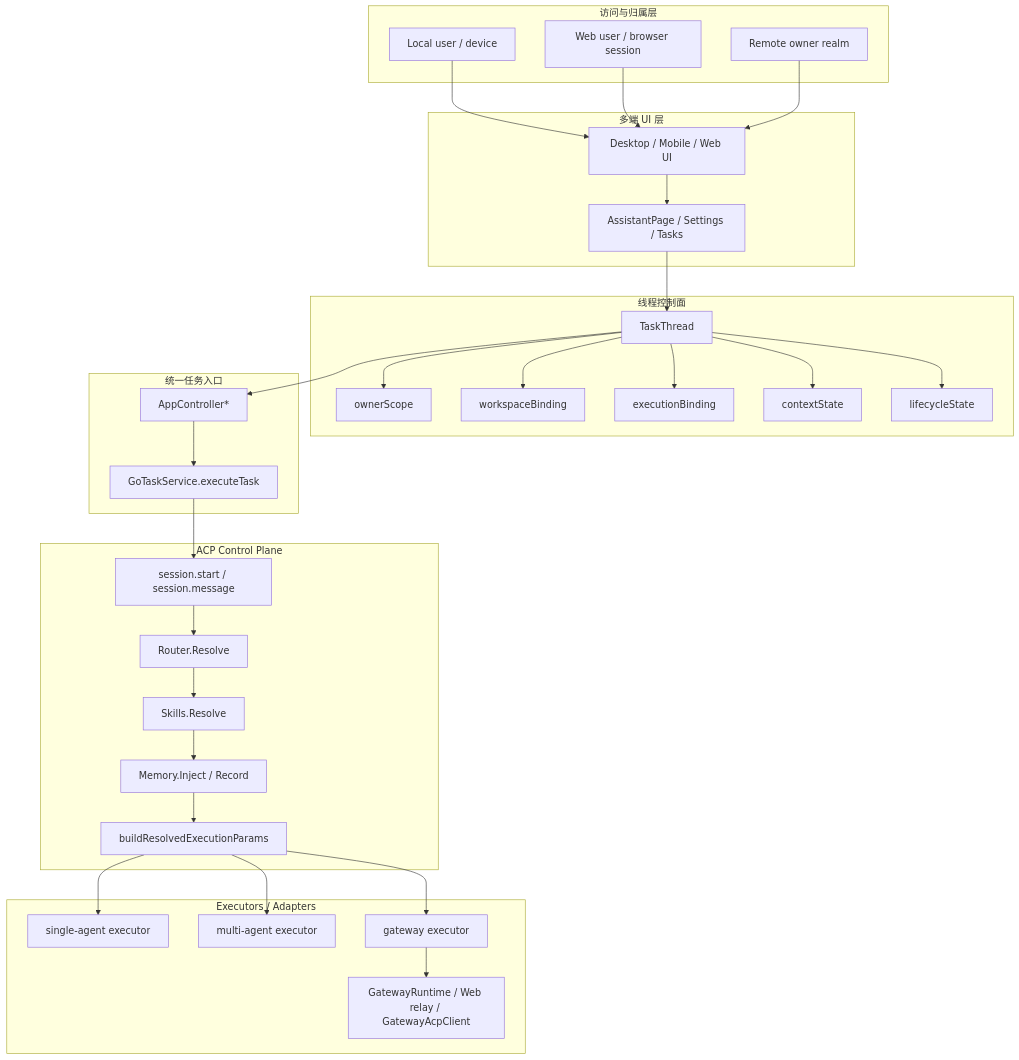
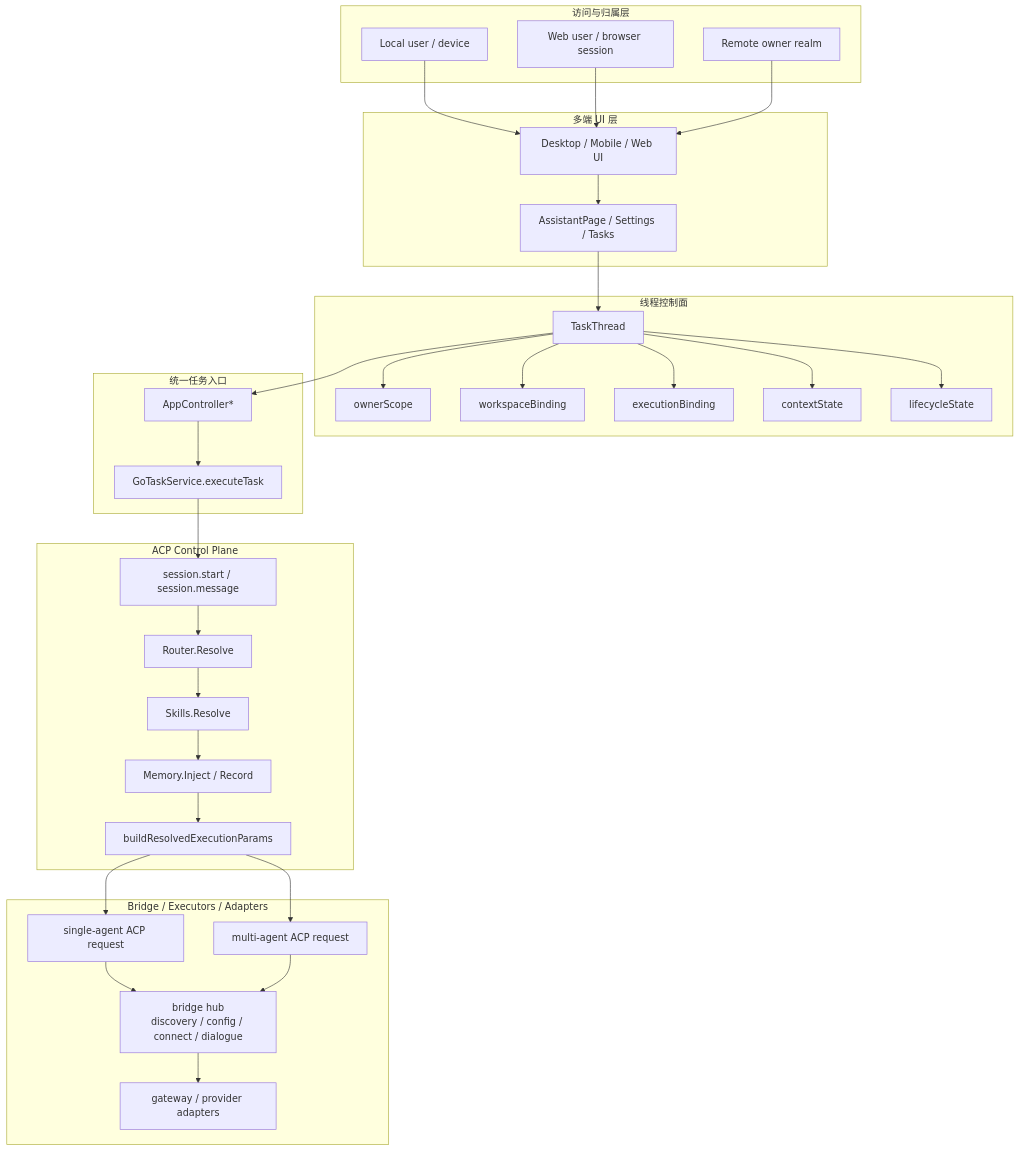
Before and after one commit to ai-workspace-lab/xworkmate-app: the diagram in docs/architecture/xworkmate-layered-architecture.md, drawn with Mermaid. The commit also changed other lines of this file and 11 other files, not shown here.

````diff
--- a/docs/architecture/xworkmate-layered-architecture.md
+++ b/docs/architecture/xworkmate-layered-architecture.md
@@ -19,64 +20,65 @@
 ```mermaid
 flowchart TB
     subgraph L1["访问与归属层"]
         A1["Local user / device"]
         A2["Web user / browser session"]
         A3["Remote owner realm"]
     end
 
     subgraph L2["多端 UI 层"]
         B1["Desktop / Mobile / Web UI"]
         B2["AssistantPage / Settings / Tasks"]
     end
 
     subgraph L3["线程控制面"]
         C1["TaskThread"]
         C2["ownerScope"]
         C3["workspaceBinding"]
         C4["executionBinding"]
         C5["contextState"]
         C6["lifecycleState"]
     end
 
     subgraph L4["统一任务入口"]
         D1["AppController*"]
         D2["GoTaskService.executeTask"]
     end
 
     subgraph L5["ACP Control Plane"]
         E1["session.start / session.message"]
         E2["Router.Resolve"]
         E3["Skills.Resolve"]
         E4["Memory.Inject / Record"]
         E5["buildResolvedExecutionParams"]
     end
 
-    subgraph L6["Executors / Adapters"]
-        F1["single-agent executor"]
-        F2["multi-agent executor"]
-        F3["gateway executor"]
-        F4["GatewayRuntime / Web relay / GatewayAcpClient"]
+    subgraph L6["Bridge / Executors / Adapters"]
+        F1["single-agent ACP request"]
+        F2["multi-agent ACP request"]
+        F3["bridge hub<br/>discovery / config / connect / dialogue"]
+        F4["gateway / provider adapters"]
     end
 
     A1 --> B1
     A2 --> B1
     A3 --> B1
     B1 --> B2
     B2 --> C1
     C1 --> C2
     C1 --> C3
     C1 --> C4
     C1 --> C5
     C1 --> C6
     C1 --> D1
     D1 --> D2
     D2 --> E1
     E1 --> E2
     E2 --> E3
     E3 --> E4
     E4 --> E5
     E5 --> F1
     E5 --> F2
-    E5 --> F3
+    F1 --> F3
+    F2 --> F3
     F3 --> F4
 ```
````
